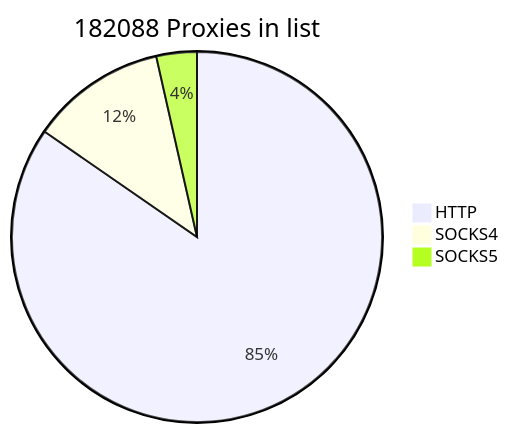
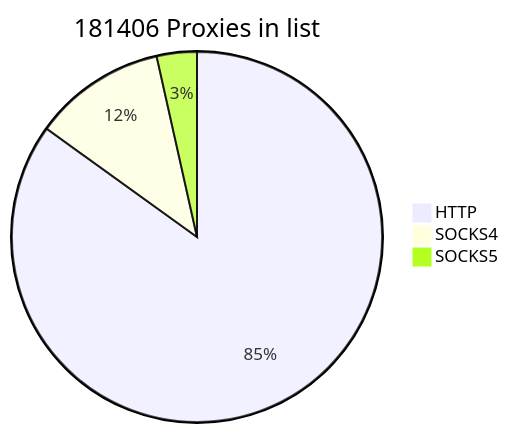
The first of 2 diagrams in README.md (cutipu/proxylist), drawn with Mermaid before and after one commit. The commit also changed other lines of this file, not shown here.

````diff
--- a/README.md
+++ b/README.md
@@ -2,7 +2,7 @@
 ```mermaid
-pie title 182088 Proxies in list
-    "HTTP" : 154099
-    "SOCKS4" : 21551
-    "SOCKS5" : 6438
+pie title 181406 Proxies in list
+    "HTTP" : 154079
+    "SOCKS4" : 20978
+    "SOCKS5" : 6349
             
 ```
````
